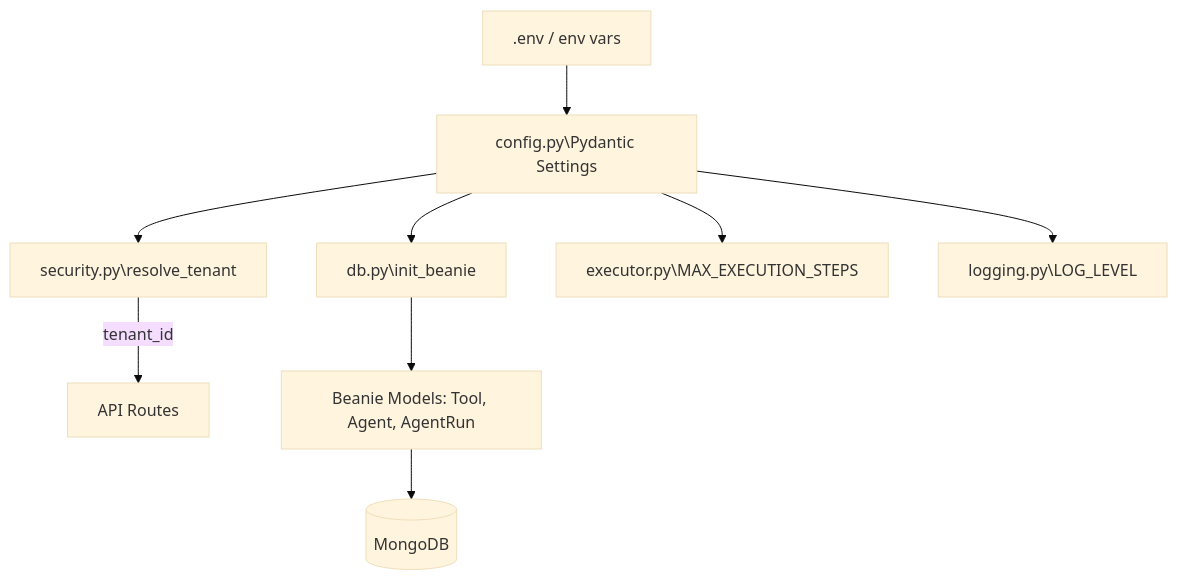
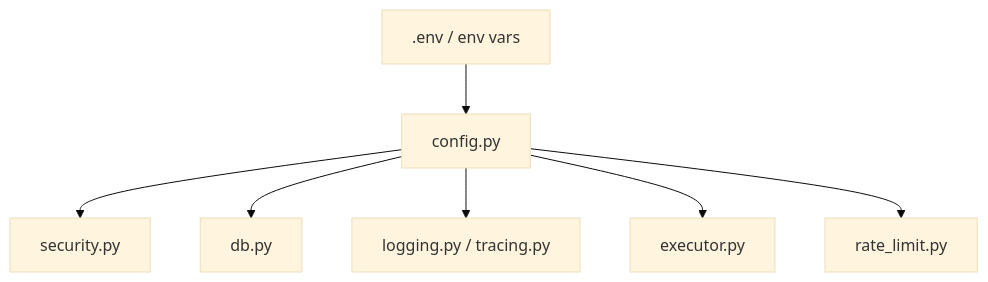
Before and after one commit to EladAriel/mini-agent-platform: the third of 13 diagrams in docs/architecture.md, drawn with Mermaid (base theme). The commit also changed other lines of this file and 53 other files, not shown here.

First line of the commit message:
Add platform improvements: async workers, tracing, rate limiting, audit log, PII anonymization, health checks, and structured logging

````diff
--- a/docs/architecture.md
+++ b/docs/architecture.md
@@ -47,12 +64,9 @@
 ```mermaid
 flowchart TD
-    ENV2[.env / env vars] --> CFG[config.py\Pydantic Settings]
-    CFG --> SEC[security.py\resolve_tenant]
-    CFG --> DB[db.py\init_beanie]
-    CFG --> EX[executor.py\MAX_EXECUTION_STEPS]
-    CFG --> LOG[logging.py\LOG_LEVEL]
-
-    SEC -->|tenant_id| API[API Routes]
-    DB --> MDL[Beanie Models: Tool, Agent, AgentRun]
-    MDL --> MONGO[(MongoDB)]
+    ENV[.env / env vars] --> CFG[config.py]
+    CFG --> SEC[security.py]
+    CFG --> DB[db.py]
+    CFG --> LOG[logging.py / tracing.py]
+    CFG --> EX[executor.py]
+    CFG --> RL[rate_limit.py]
 ```
````
